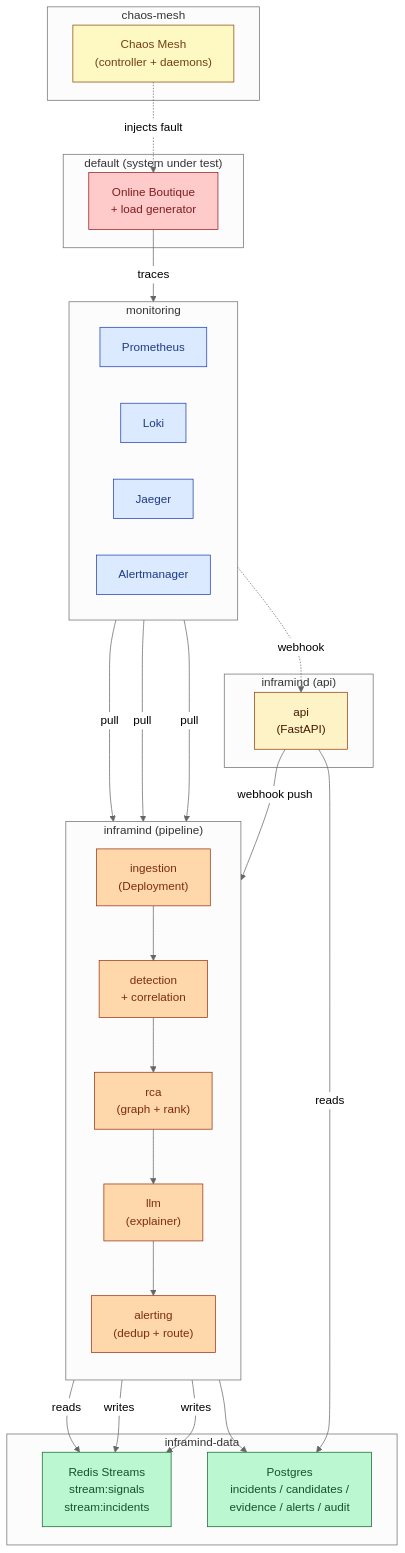
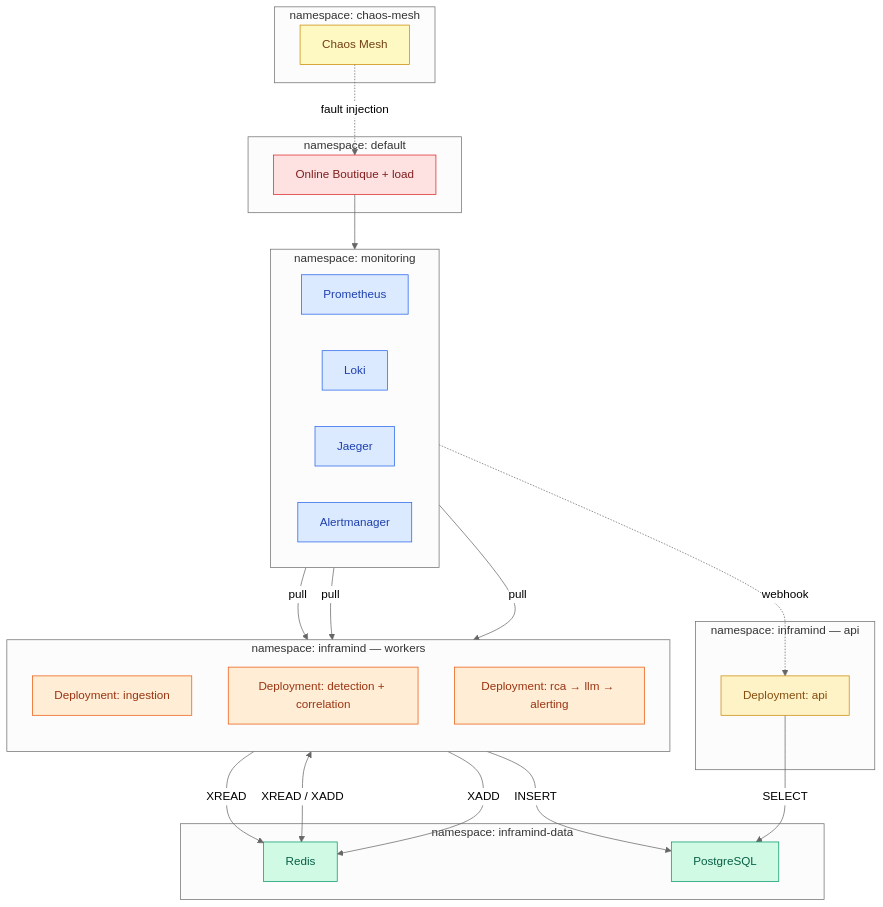
One commit to rifatbond007/inframind-core changed the seventh of 10 diagrams in docs/ARCHITECTURE.md. Above: the diagram before and after it, drawn with Mermaid (neutral theme). The commit also changed other lines of this file and 56 other files, not shown here.

````diff
--- a/docs/ARCHITECTURE.md
+++ b/docs/ARCHITECTURE.md
@@ -346,60 +345,52 @@
 ```mermaid
 flowchart TB
-    classDef ns_cm fill:#fef9c3,stroke:#854d0e,color:#713f12
-    classDef ns_sut fill:#fecaca,stroke:#991b1b,color:#7f1d1d
-    classDef ns_obs fill:#dbeafe,stroke:#1e40af,color:#1e3a8a
-    classDef ns_im fill:#fed7aa,stroke:#9a3412,color:#7c2d12
-    classDef ns_api fill:#fef3c7,stroke:#92400e,color:#451a03
-    classDef ns_data fill:#bbf7d0,stroke:#166534,color:#14532d
-
-    subgraph CM_NS["chaos-mesh"]
-        CH["Chaos Mesh\n(controller + daemons)"]:::ns_cm
+    subgraph NS_CM["namespace: chaos-mesh"]
+        CM["Chaos Mesh"]:::chaos
     end
 
-    subgraph SUT_NS["default (system under test)"]
-        OB["Online Boutique\n+ load generator"]:::ns_sut
+    subgraph NS_DEF["namespace: default"]
+        OB["Online Boutique + load"]:::sut
     end
 
-    subgraph OBS_NS["monitoring"]
+    subgraph NS_MON["namespace: monitoring"]
         direction LR
-        PR3["Prometheus"]:::ns_obs
-        LK3["Loki"]:::ns_obs
-        JG3["Jaeger"]:::ns_obs
-        AM3["Alertmanager"]:::ns_obs
+        PROM["Prometheus"]:::mon
+        LOKI["Loki"]:::mon
+        JAE["Jaeger"]:::mon
+        AM["Alertmanager"]:::mon
     end
 
-    subgraph IM_NS["inframind (pipeline)"]
+    subgraph NS_PIPE["namespace: inframind — workers"]
         direction TB
-        IMG["ingestion\n(Deployment)"]:::ns_im
-        DMC["detection\n+ correlation"]:::ns_im
-        RM["rca\n(graph + rank)"]:::ns_im
-        LM["llm\n(explainer)"]:::ns_im
-        ALM["alerting\n(dedup + route)"]:::ns_im
+        W1["Deployment: ingestion"]:::im
+        W2["Deployment: detection + correlation"]:::im
+        W3["Deployment: rca → llm → alerting"]:::im
     end
 
-    subgraph API_NS["inframind (api)"]
-        APM["api\n(FastAPI)"]:::ns_api
+    subgraph NS_API["namespace: inframind — api"]
+        WAPI["Deployment: api"]:::api
     end
 
-    subgraph DATA_NS["inframind-data"]
-        RDS["Redis Streams\nstream:signals\nstream:incidents"]:::ns_data
-        PGG["Postgres\nincidents / candidates /\nevidence / alerts / audit"]:::ns_data
+    subgraph NS_DATA["namespace: inframind-data"]
+        REDIS["Redis"]:::data
+        POSTGRES["PostgreSQL"]:::data
     end
 
-    CH -.->|injects fault| OB
-    OB -- traces --> JG3
-    PR3 -- pull --> IMG
-    LK3 -- pull --> IMG
-    JG3 -- pull --> IMG
-    AM3 -. webhook .-> APM
-    IMG -- writes --> RDS
-    IMG --> DMC
-    DMC -- writes --> RDS
-    DMC --> RM
-    RM -- reads --> RDS
-    RM --> LM
-    LM --> ALM
-    ALM --> PGG
-    APM -- reads --> PGG
-    APM -- webhook push --> ALM
+    CM -.->|fault injection| OB
+    OB --> JAE
+    PROM & LOKI & JAE -->|pull| W1
+    AM -.->|webhook| WAPI
+
+    W1 -->|XADD| REDIS
+    W2 <-->|XREAD / XADD| REDIS
+    W3 -->|XREAD| REDIS
+    W3 -->|INSERT| POSTGRES
+    WAPI -->|SELECT| POSTGRES
+
+    classDef chaos fill:#fef9c3,stroke:#ca8a04,color:#713f12
+    classDef sut fill:#fee2e2,stroke:#dc2626,color:#7f1d1d
+    classDef mon fill:#dbeafe,stroke:#2563eb,color:#1e40af
+    classDef im fill:#ffedd5,stroke:#ea580c,color:#9a3412
+    classDef api fill:#fef3c7,stroke:#ca8a04,color:#854d0e
+    classDef data fill:#d1fae5,stroke:#059669,color:#065f46
 ```
````
